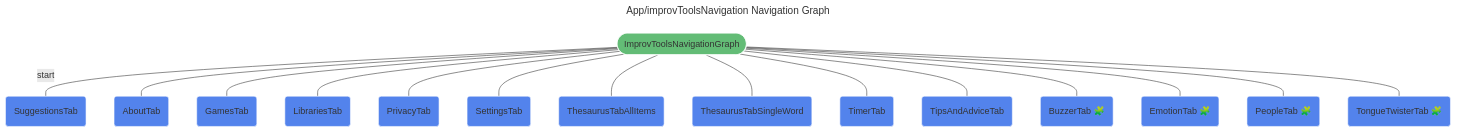
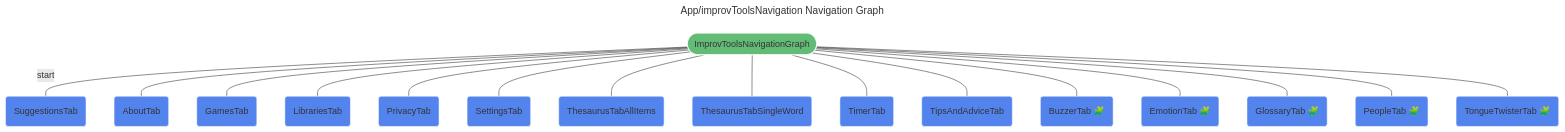
The diagram in docs/static/ImprovToolsNavigationNavGraph.mmd (brokenkernel/improvtools), drawn with Mermaid before and after one commit. The commit also changed 5 other files, not shown here.

Commit message:
[encyclopaedia] fix binding for GlossaryTab dest

```diff
--- a/docs/static/ImprovToolsNavigationNavGraph.mmd
+++ b/docs/static/ImprovToolsNavigationNavGraph.mmd
@@ -1,25 +1,26 @@
 ---
 title: App/improvToolsNavigation Navigation Graph
 ---
 %%{init: {'theme':'base', 'themeVariables': { 'primaryTextColor': '#fff' }}%%
 graph TD
 app/improv_tools_navigation(["ImprovToolsNavigationGraph"]) -- "start" --- app/suggestions_tab("SuggestionsTab")
 app/improv_tools_navigation(["ImprovToolsNavigationGraph"]) --- app/about_tab("AboutTab")
 app/improv_tools_navigation(["ImprovToolsNavigationGraph"]) --- app/games_tab("GamesTab")
 app/improv_tools_navigation(["ImprovToolsNavigationGraph"]) --- app/libraries_tab("LibrariesTab")
 app/improv_tools_navigation(["ImprovToolsNavigationGraph"]) --- app/privacy_tab("PrivacyTab")
 app/improv_tools_navigation(["ImprovToolsNavigationGraph"]) --- app/settings_tab("SettingsTab")
 app/improv_tools_navigation(["ImprovToolsNavigationGraph"]) --- app/thesaurus_tab_all_items("ThesaurusTabAllItems")
 app/improv_tools_navigation(["ImprovToolsNavigationGraph"]) --- app/thesaurus_tab_single_word("ThesaurusTabSingleWord")
 app/improv_tools_navigation(["ImprovToolsNavigationGraph"]) --- app/timer_tab("TimerTab")
 app/improv_tools_navigation(["ImprovToolsNavigationGraph"]) --- app/tips_and_advice_tab("TipsAndAdviceTab")
 app/improv_tools_navigation(["ImprovToolsNavigationGraph"]) --- buzzer_tab_destination("BuzzerTab 🧩")
 app/improv_tools_navigation(["ImprovToolsNavigationGraph"]) --- emotion_tab_destination("EmotionTab 🧩")
+app/improv_tools_navigation(["ImprovToolsNavigationGraph"]) --- glossary_tab_destination("GlossaryTab 🧩")
 app/improv_tools_navigation(["ImprovToolsNavigationGraph"]) --- people_tab_destination("PeopleTab 🧩")
 app/improv_tools_navigation(["ImprovToolsNavigationGraph"]) --- tongue_twister_tab_destination("TongueTwisterTab 🧩")
 
 
 classDef destination fill:#5383EC,stroke:#ffffff;
-class app/about_tab,app/games_tab,app/libraries_tab,app/privacy_tab,app/settings_tab,app/suggestions_tab,app/thesaurus_tab_all_items,app/thesaurus_tab_single_word,app/timer_tab,app/tips_and_advice_tab,buzzer_tab_destination,emotion_tab_destination,people_tab_destination,tongue_twister_tab_destination destination;
+class app/about_tab,app/games_tab,app/libraries_tab,app/privacy_tab,app/settings_tab,app/suggestions_tab,app/thesaurus_tab_all_items,app/thesaurus_tab_single_word,app/timer_tab,app/tips_and_advice_tab,buzzer_tab_destination,emotion_tab_destination,glossary_tab_destination,people_tab_destination,tongue_twister_tab_destination destination;
 classDef navgraph fill:#63BC76,stroke:#ffffff;
 class app/improv_tools_navigation navgraph;
```
